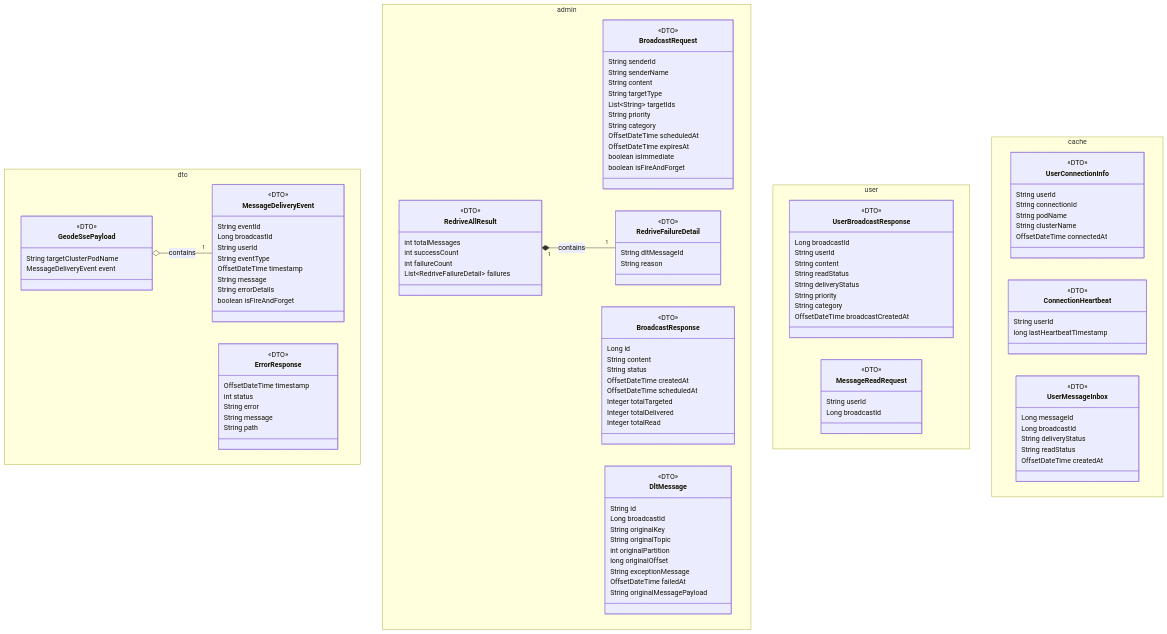
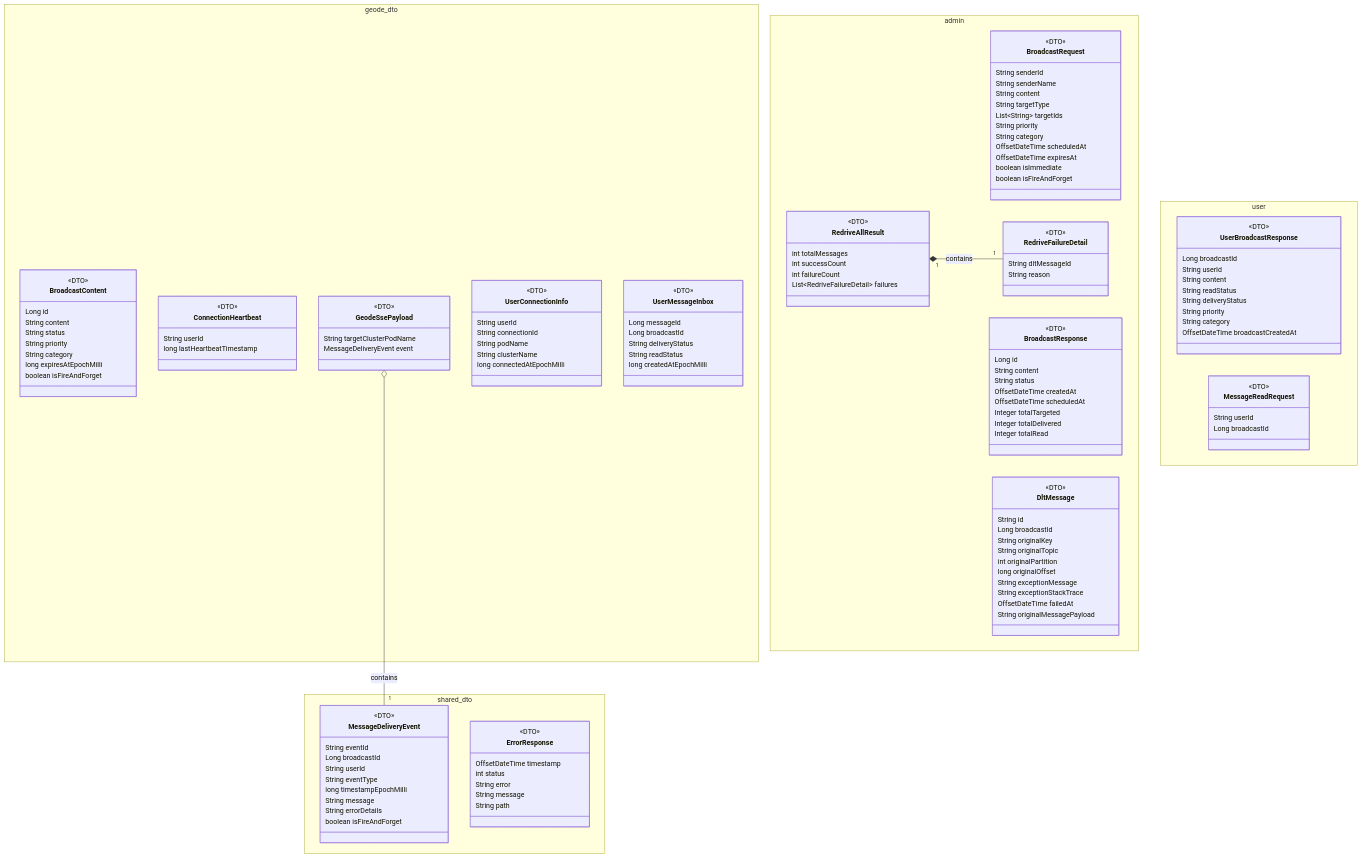
Before and after one commit to rsrini7/Notification-SSE-GLM-Flux: the diagram in MermaidDiagrams/class-dto.mmd, drawn with Mermaid. The commit also changed 8 other files, not shown here.

First line of the commit message:
docs: update architecture diagrams and DTO definitions

```diff
--- a/MermaidDiagrams/class-dto.mmd
+++ b/MermaidDiagrams/class-dto.mmd
@@ -1,127 +1,139 @@
 classDiagram
     direction TB
 
-    namespace dto {
+    namespace geode_dto {
+        class BroadcastContent {
+            <<DTO>>
+            Long id
+            String content
+            String status
+            String priority
+            String category
+            long expiresAtEpochMilli
+            boolean isFireAndForget
+        }
+        class ConnectionHeartbeat {
+            <<DTO>>
+            String userId
+            long lastHeartbeatTimestamp
+        }
+        class GeodeSsePayload {
+            <<DTO>>
+            String targetClusterPodName
+            MessageDeliveryEvent event
+        }
+        class UserConnectionInfo {
+            <<DTO>>
+            String userId
+            String connectionId
+            String podName
+            String clusterName
+            long connectedAtEpochMilli
+        }
+        class UserMessageInbox {
+            <<DTO>>
+            Long messageId
+            Long broadcastId
+            String deliveryStatus
+            String readStatus
+            long createdAtEpochMilli
+        }
+    }
+
+    namespace shared_dto {
         class MessageDeliveryEvent {
             <<DTO>>
             String eventId
             Long broadcastId
             String userId
             String eventType
-            OffsetDateTime timestamp
+            long timestampEpochMilli
             String message
             String errorDetails
             boolean isFireAndForget
         }
         class ErrorResponse {
             <<DTO>>
             OffsetDateTime timestamp
             int status
             String error
             String message
             String path
-        }
-        class GeodeSsePayload {
-            <<DTO>>
-            String targetClusterPodName
-            MessageDeliveryEvent event
         }
     }
 
     namespace admin {
         class BroadcastRequest {
             <<DTO>>
             String senderId
             String senderName
             String content
             String targetType
             List~String~ targetIds
             String priority
             String category
             OffsetDateTime scheduledAt
             OffsetDateTime expiresAt
             boolean isImmediate
             boolean isFireAndForget
         }
         class BroadcastResponse {
             <<DTO>>
             Long id
             String content
             String status
             OffsetDateTime createdAt
             OffsetDateTime scheduledAt
             Integer totalTargeted
             Integer totalDelivered
             Integer totalRead
         }
         class DltMessage {
             <<DTO>>
             String id
             Long broadcastId
             String originalKey
             String originalTopic
             int originalPartition
             long originalOffset
             String exceptionMessage
+            String exceptionStackTrace
             OffsetDateTime failedAt
             String originalMessagePayload
         }
         class RedriveAllResult {
             <<DTO>>
             int totalMessages
             int successCount
             int failureCount
             List~RedriveFailureDetail~ failures
         }
         class RedriveFailureDetail {
             <<DTO>>
             String dltMessageId
             String reason
         }
     }
 
     namespace user {
         class UserBroadcastResponse {
             <<DTO>>
             Long broadcastId
             String userId
             String content
             String readStatus
             String deliveryStatus
             String priority
             String category
             OffsetDateTime broadcastCreatedAt
         }
         class MessageReadRequest {
             <<DTO>>
             String userId
             Long broadcastId
         }
     }
 
-    namespace cache {
-        class UserConnectionInfo {
-            <<DTO>>
-            String userId
-            String connectionId
-            String podName
-            String clusterName
-            OffsetDateTime connectedAt
-        }
-        class ConnectionHeartbeat {
-            <<DTO>>
-            String userId
-            long lastHeartbeatTimestamp
-        }
-        class UserMessageInbox {
-            <<DTO>>
-            Long messageId
-            Long broadcastId
-            String deliveryStatus
-            String readStatus
-            OffsetDateTime createdAt
-        }
-    }
     
     RedriveAllResult "1" *-- "1" RedriveFailureDetail : contains
     GeodeSsePayload o-- "1" MessageDeliveryEvent : contains
```
